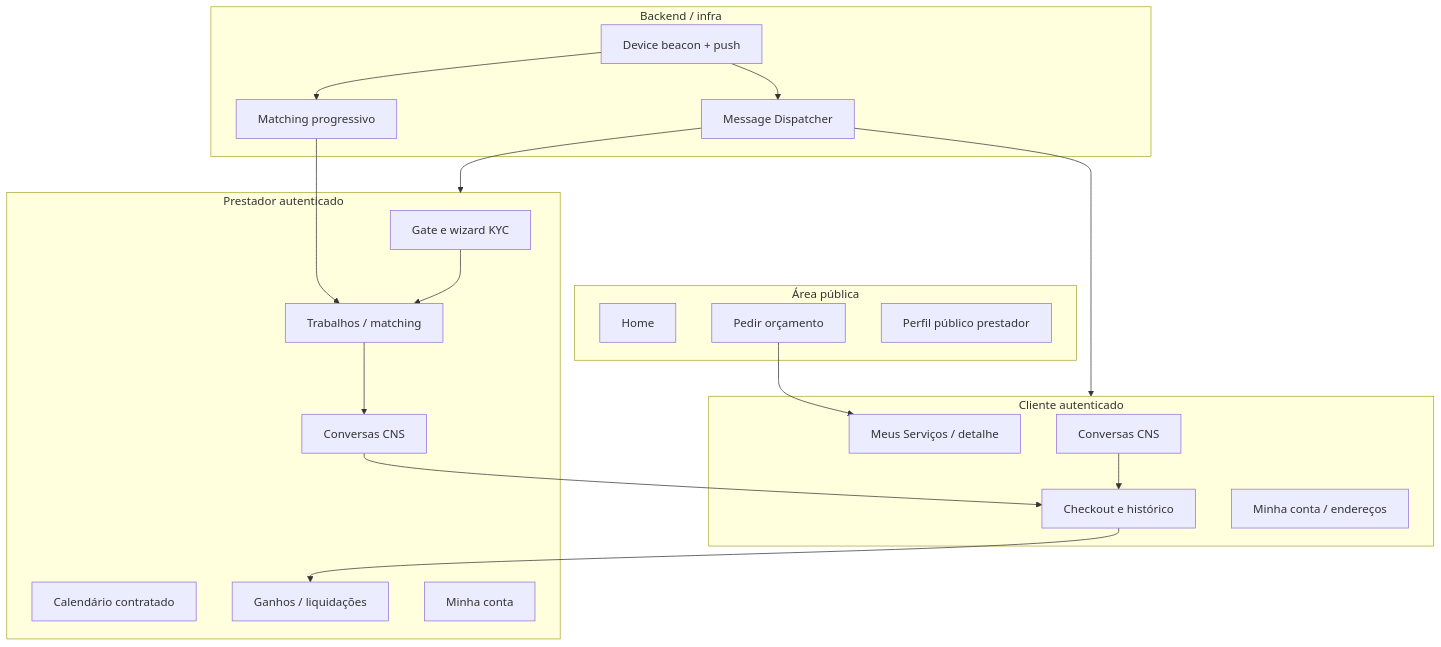
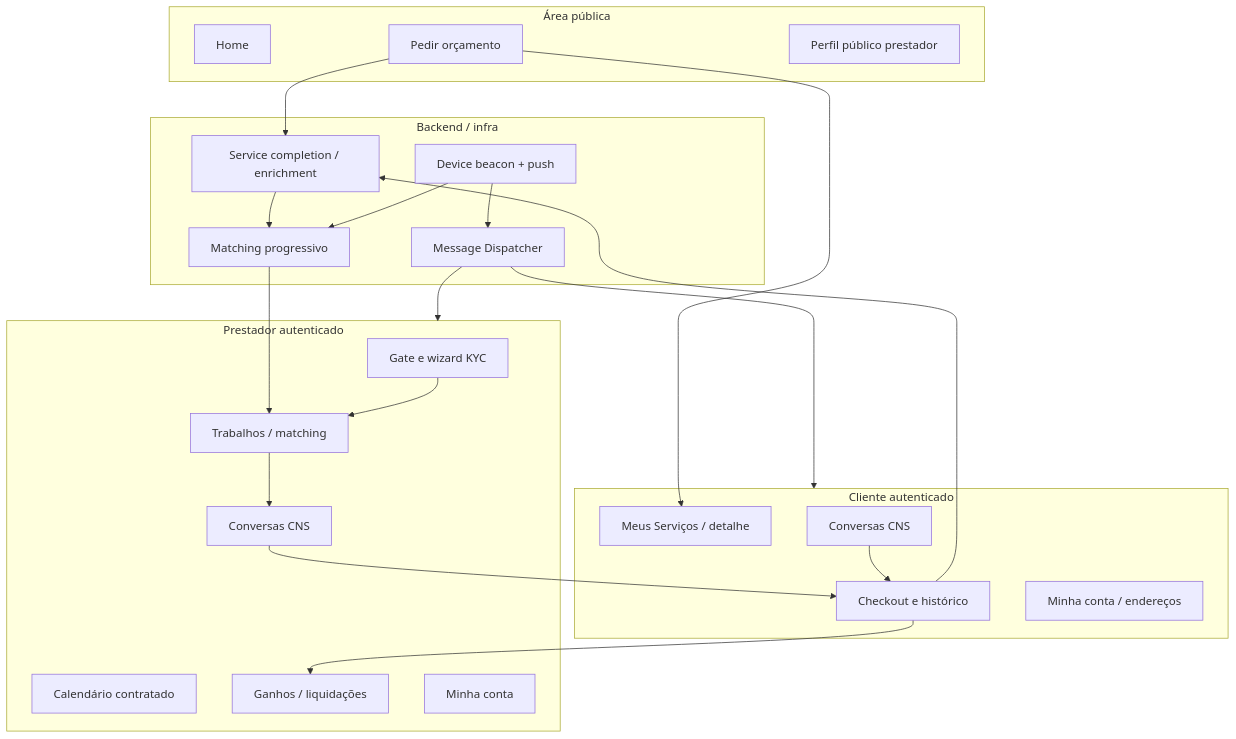
The diagram in docs/business/01-visao-geral-da-renovi.md (higorpo/renovi-orbit-test), drawn with Mermaid before and after one commit. The commit also changed other lines of this file and 35 other files, not shown here.

First line of the commit message:
Enhance service completion documentation and update related components

````diff
--- a/docs/business/01-visao-geral-da-renovi.md
+++ b/docs/business/01-visao-geral-da-renovi.md
@@ -13,42 +13,46 @@
 ```mermaid
 flowchart TB
   subgraph Publico["Área pública"]
     Home[Home]
     RQ[Pedir orçamento]
     PP[Perfil público prestador]
   end
 
   subgraph Cliente["Cliente autenticado"]
     MS[Meus Serviços / detalhe]
     CH_C[Conversas CNS]
     PAY_C[Checkout e histórico]
     ACC_C[Minha conta / endereços]
   end
 
   subgraph Prestador["Prestador autenticado"]
     KYC[Gate e wizard KYC]
     JOBS[Trabalhos / matching]
     CH_P[Conversas CNS]
     CAL[Calendário contratado]
     EARN[Ganhos / liquidações]
     ACC_P[Minha conta]
   end
 
   subgraph Backend["Backend / infra"]
     MATCH[Matching progressivo]
+    SC[Service completion / enrichment]
     MMD[Message Dispatcher]
     BEACON[Device beacon + push]
   end
 
   RQ --> MS
+  RQ --> SC
+  SC --> MATCH
   MATCH --> JOBS
   JOBS --> CH_P
   CH_C --> PAY_C
   CH_P --> PAY_C
+  PAY_C --> SC
   PAY_C --> EARN
   BEACON --> MATCH
   BEACON --> MMD
   MMD --> Cliente
   MMD --> Prestador
   KYC --> JOBS
 ```
````
